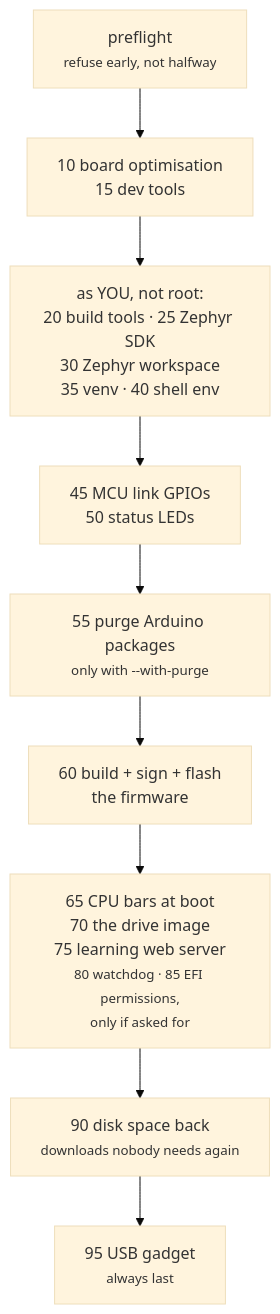
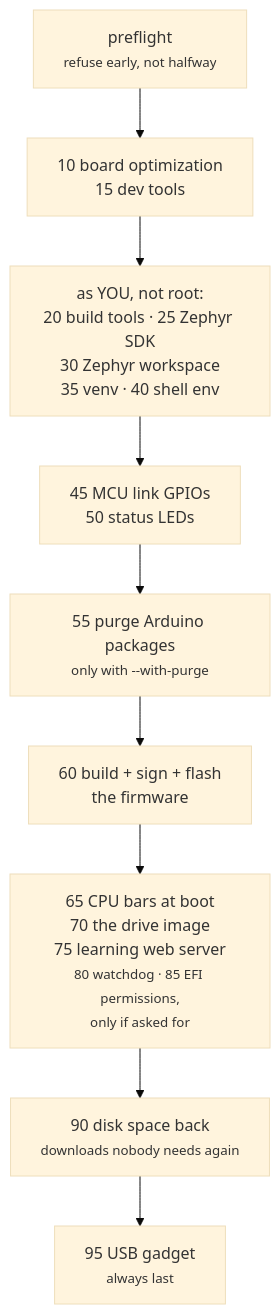
The diagram in docs/learn/from-factory-to-this.md (jim-wyatt/two-computers-one-board), drawn with Mermaid (base theme) before and after one commit. The commit also changed other lines of this file and 84 other files, not shown here.

````diff
--- a/docs/learn/from-factory-to-this.md
+++ b/docs/learn/from-factory-to-this.md
@@ -88,11 +88,11 @@
 ```mermaid
 flowchart TD
-  P["preflight<br/><small>refuse early, not halfway</small>"] --> R1["10 board optimisation<br/>15 dev tools"]
+  P["preflight<br/><small>refuse early, not halfway</small>"] --> R1["10 board optimization<br/>15 dev tools"]
   R1 --> U["as YOU, not root:<br/>20 build tools · 25 Zephyr SDK<br/>30 Zephyr workspace<br/>35 venv · 40 shell env"]
   U --> R3["45 MCU link GPIOs<br/>50 status LEDs"]
   R3 --> E4["55 purge Arduino packages<br/><small>only with --with-purge</small>"]
   E4 --> B["60 build + sign + flash<br/>the firmware"]
   B --> O["65 CPU bars at boot<br/>70 the drive image<br/>75 learning web server<br/><small>80 watchdog · 85 EFI permissions,<br/>only if asked for</small>"]
   O --> C["90 disk space back<br/><small>downloads nobody needs again</small>"]
   C --> E2["95 USB gadget<br/><small>always last</small>"]
 ```
````
